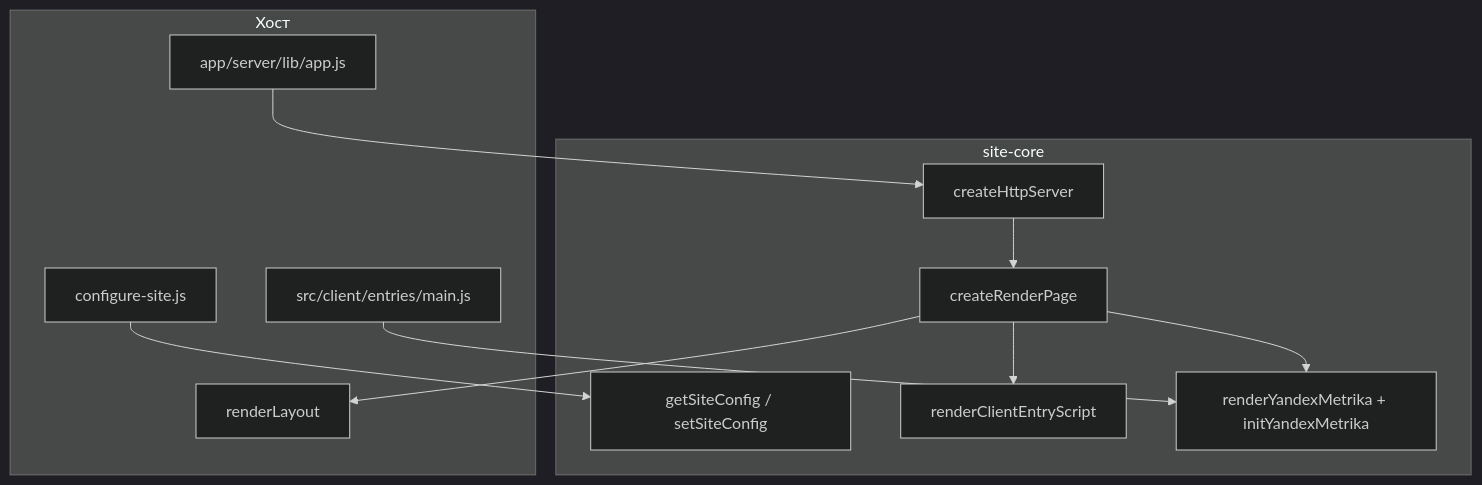
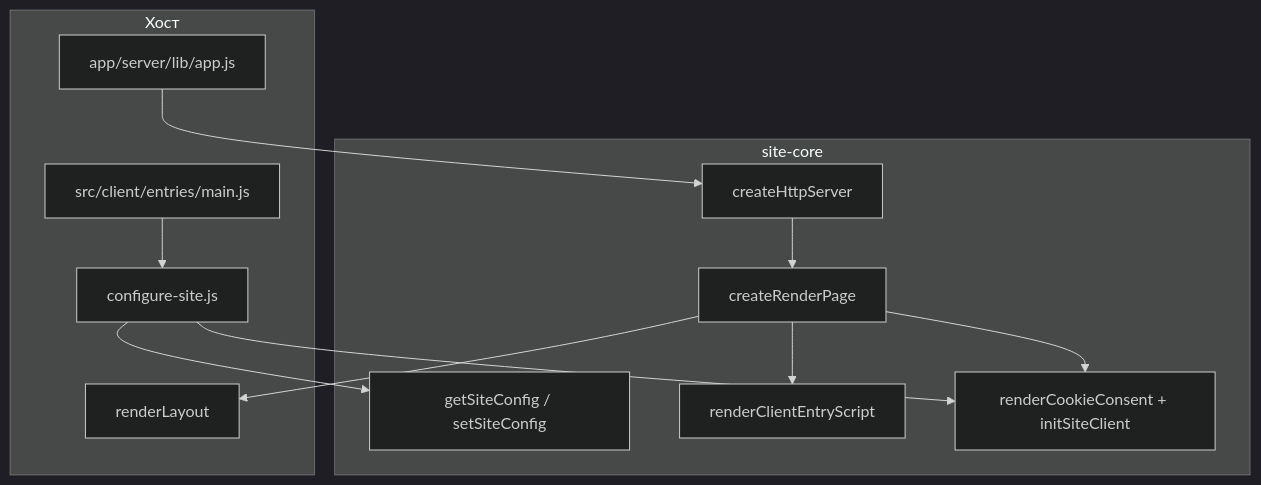
Before and after one commit to efiand/site-core: the diagram in docs/architecture.md, drawn with Mermaid (dark theme). The commit also changed other lines of this file and 45 other files, not shown here.

````diff
--- a/docs/architecture.md
+++ b/docs/architecture.md
@@ -5,23 +5,24 @@
 ```mermaid
 flowchart TB
   subgraph host [Хост]
     configureSite[configure-site.js]
     appJs[app/server/lib/app.js]
     renderLayout[renderLayout]
     clientMain[src/client/entries/main.js]
   end
   subgraph core [site-core]
     siteConfig[getSiteConfig / setSiteConfig]
     renderPage[createRenderPage]
     httpServer[createHttpServer]
     clientEntry[renderClientEntryScript]
-    metrika[renderYandexMetrika + initYandexMetrika]
+    cookieConsent[renderCookieConsent + initSiteClient]
   end
   configureSite --> siteConfig
+  configureSite --> cookieConsent
   appJs --> httpServer
   httpServer --> renderPage
   renderPage --> renderLayout
   renderPage --> clientEntry
-  renderPage --> metrika
-  clientMain --> metrika
+  renderPage --> cookieConsent
+  clientMain --> configureSite
 ```
````
